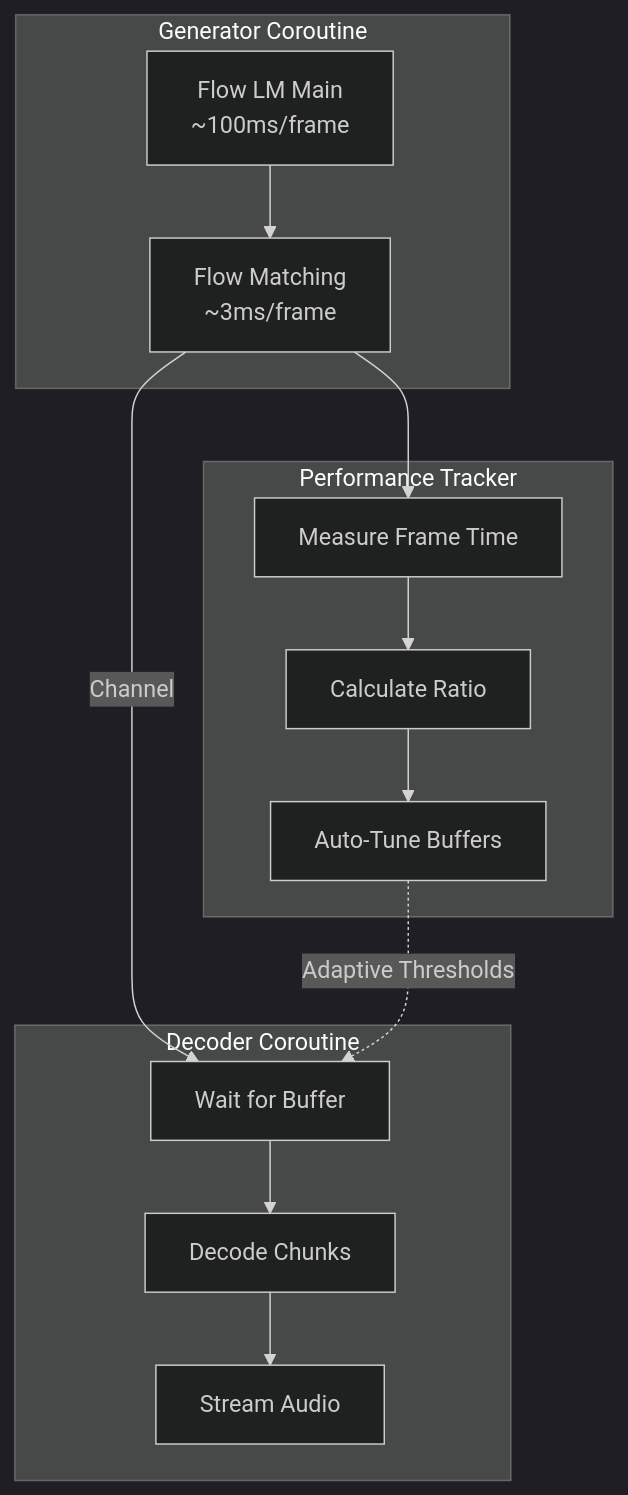
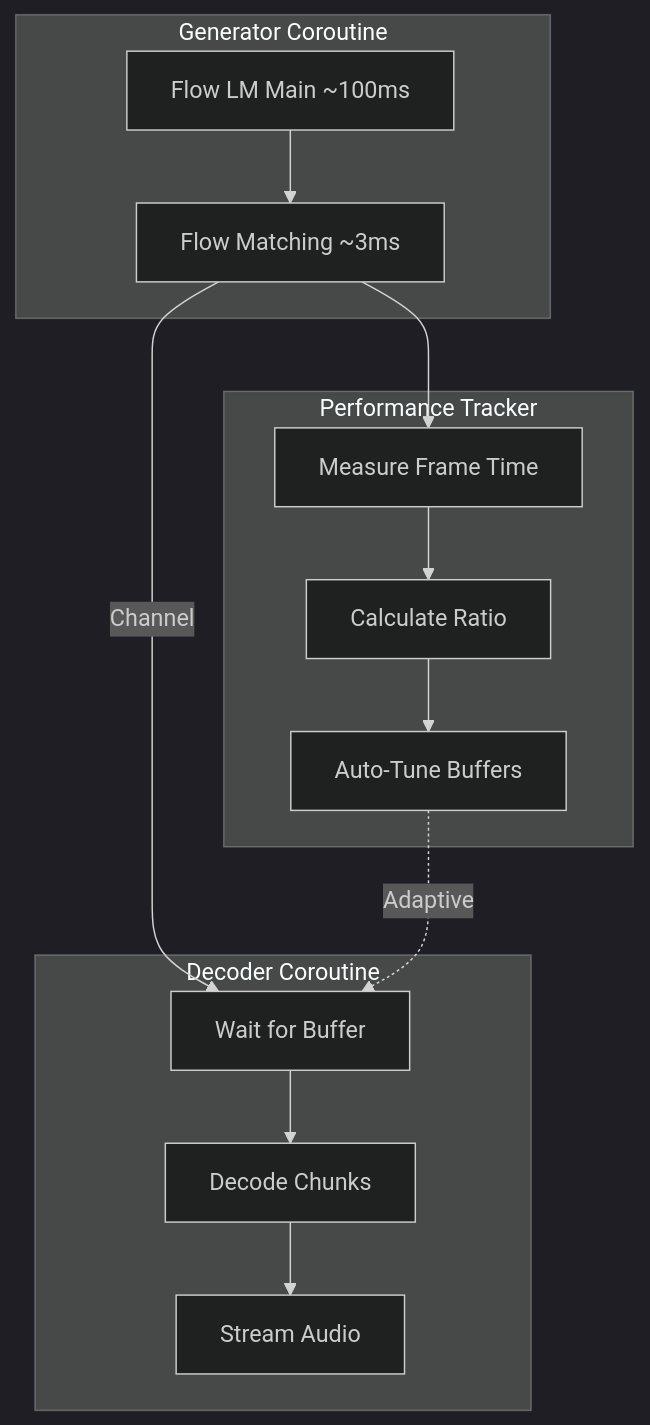
The first of 2 diagrams in README.md (siva-sub/NekoSpeak), drawn with Mermaid (dark theme) before and after one commit.

Commit message:
fix: Remove newlines from mermaid labels

````diff
--- a/README.md
+++ b/README.md
@@ -111,26 +111,26 @@
 ```mermaid
 flowchart TB
     subgraph Generator["Generator Coroutine"]
-        G1["Flow LM Main\n~100ms/frame"]
-        G2["Flow Matching\n~3ms/frame"]
+        G1["Flow LM Main ~100ms"]
+        G2["Flow Matching ~3ms"]
         G1 --> G2
     end
     
     subgraph Tracker["Performance Tracker"]
         T1["Measure Frame Time"]
         T2["Calculate Ratio"]
         T3["Auto-Tune Buffers"]
         T1 --> T2 --> T3
     end
     
     subgraph Decoder["Decoder Coroutine"]
         D1["Wait for Buffer"]
         D2["Decode Chunks"]
         D3["Stream Audio"]
         D1 --> D2 --> D3
     end
     
     G2 -->|"Channel"| D1
     G2 --> T1
-    T3 -.->|"Adaptive Thresholds"| D1
+    T3 -.->|"Adaptive"| D1
 ```
````
